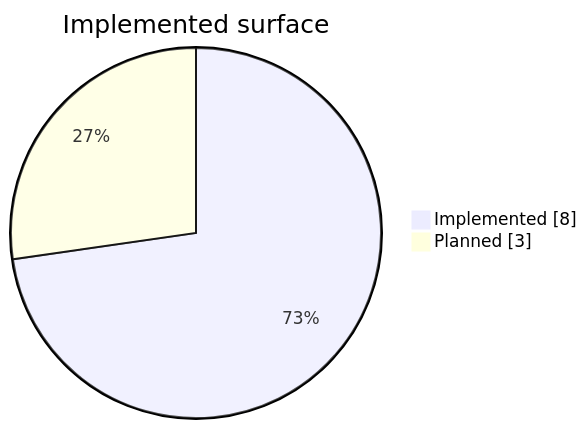
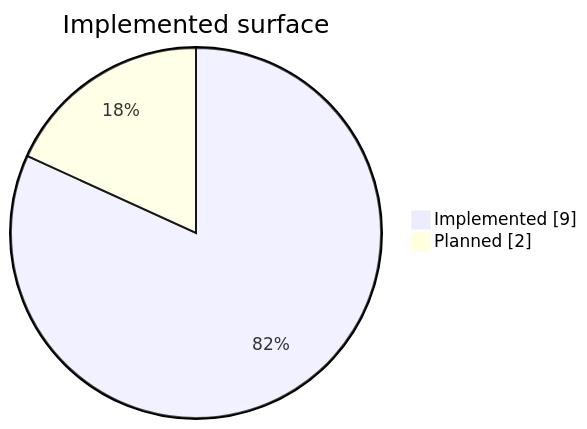
The first of 3 diagrams in docs/index.md (Armoghans-Organization/Omarchy-Tweaker), drawn with Mermaid before and after one commit. The commit also changed other lines of this file and 19 other files, not shown here.

````diff
--- a/docs/index.md
+++ b/docs/index.md
@@ -100,6 +100,6 @@
 ```mermaid
 pie showData
     title Implemented surface
-    "Implemented" : 8
-    "Planned" : 3
+    "Implemented" : 9
+    "Planned" : 2
 ```
````
